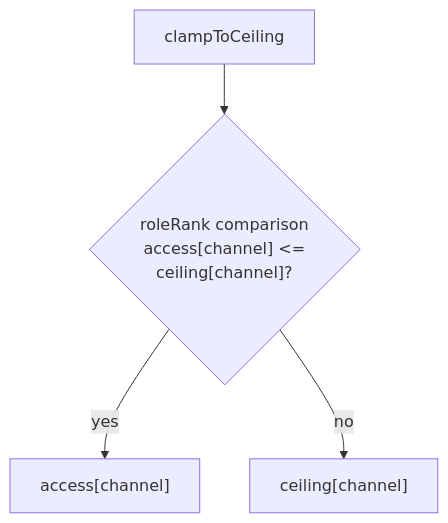
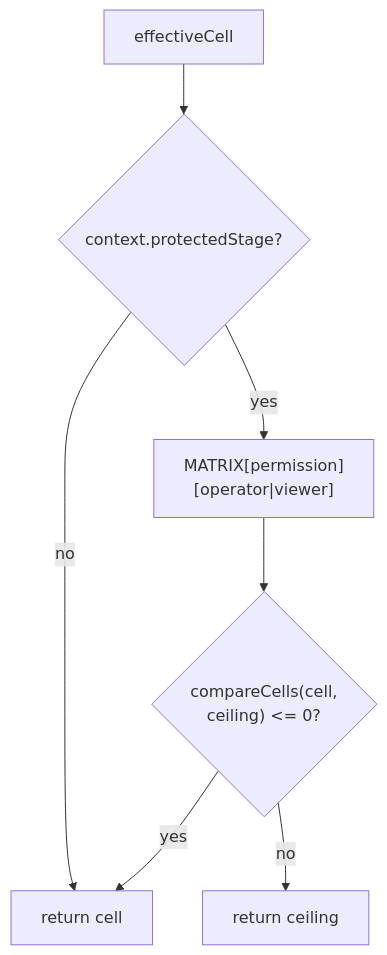
One commit to noormdev/noorm changed the fourth of 5 diagrams in docs/wiki/core-policy.md. Above: the diagram before and after it, drawn with Mermaid. The commit also changed other lines of this file and 349 other files, not shown here.

````diff
--- a/docs/wiki/core-policy.md
+++ b/docs/wiki/core-policy.md
@@ -88,7 +99,10 @@
 ```mermaid
 flowchart TD
-    %% source: src/core/policy/ceiling.ts
-    C["clampToCeiling"] --> R{"roleRank comparison<br/>access[channel] &lt;=<br/>ceiling[channel]?"}
-    R -->|yes| A["access[channel]"]
-    R -->|no| L["ceiling[channel]"]
+    %% source: src/core/policy/check.ts, src/core/policy/matrix.ts
+    E["effectiveCell"] --> S{"context.protectedStage?"}
+    S -->|no| R["return cell"]
+    S -->|yes| M["MATRIX[permission]<br/>[operator|viewer]"]
+    M --> K{"compareCells(cell,<br/>ceiling) <= 0?"}
+    K -->|yes| R
+    K -->|no| C["return ceiling"]
 ```
````
